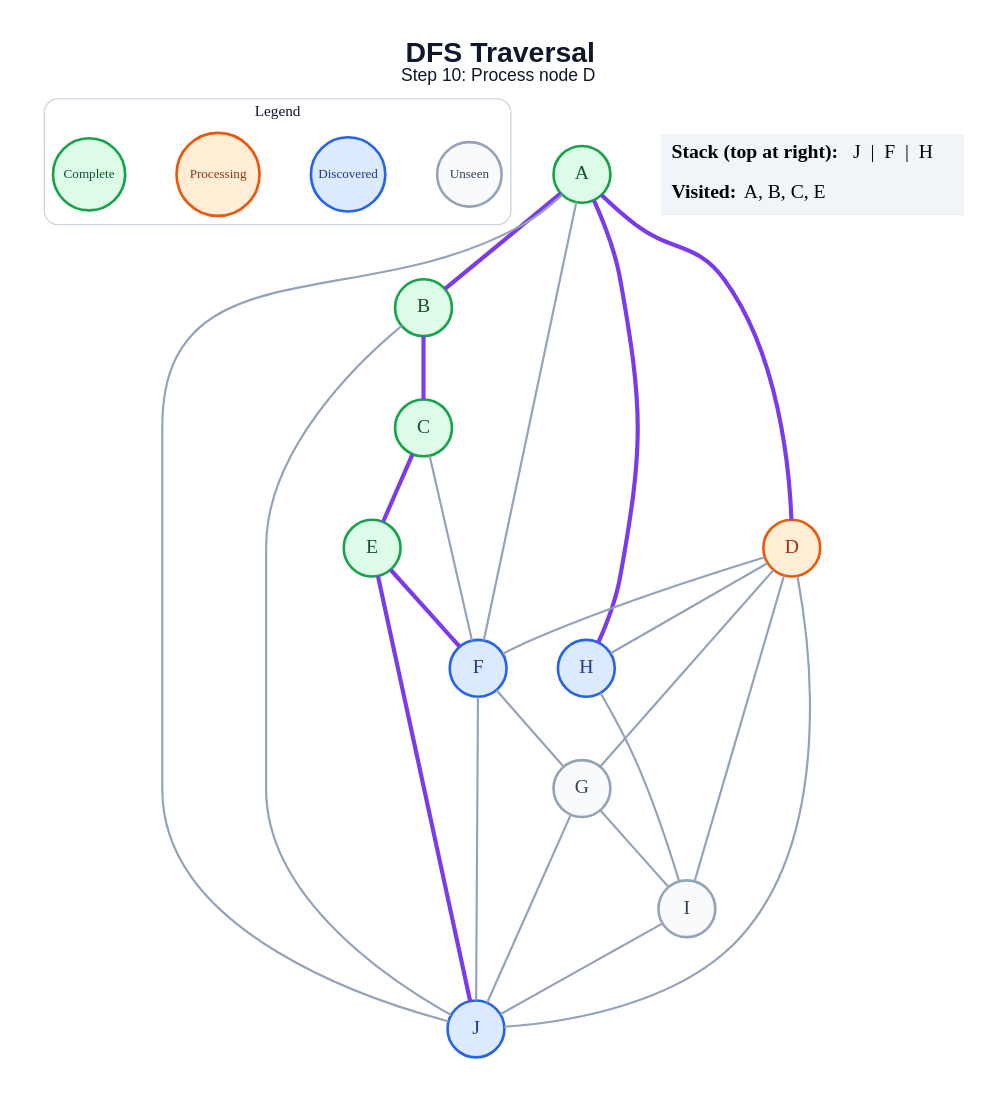
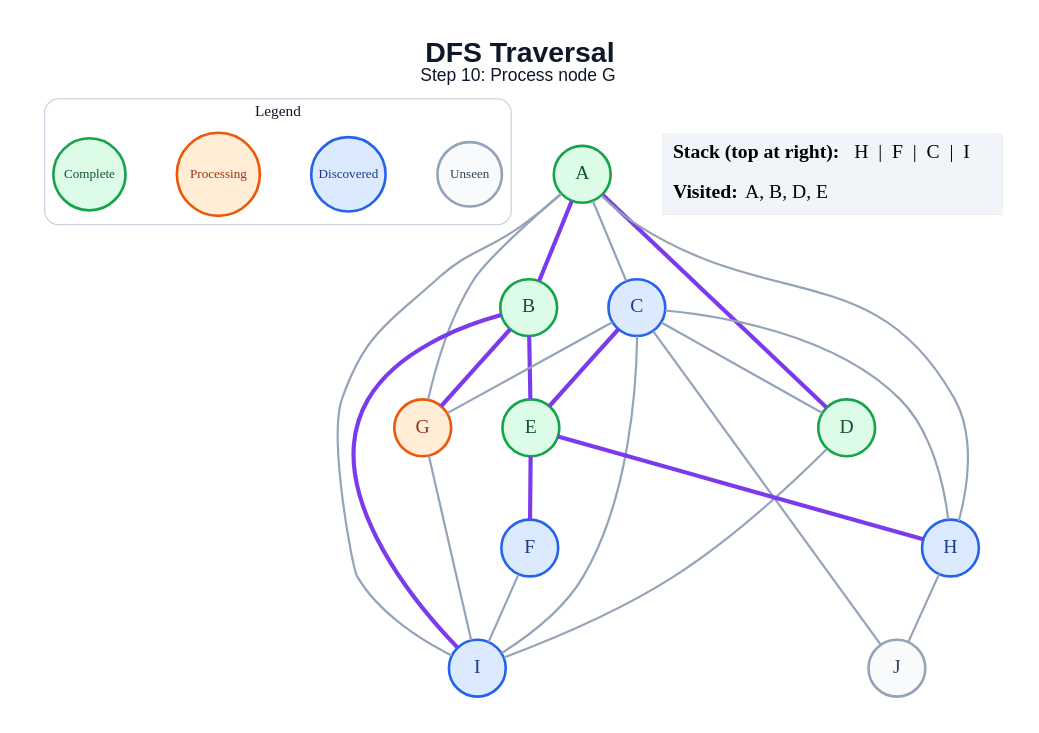
The diagram in generated/specific-node/dfs/step_10.dot (anon7238593-create/ai-slop), drawn with Graphviz before and after one commit. The commit also changed 171 other files, not shown here.

```diff
--- a/generated/specific-node/dfs/step_10.dot
+++ b/generated/specific-node/dfs/step_10.dot
@@ -1,51 +1,50 @@
 graph traversal {
   graph [layout=dot, rankdir=TB, bgcolor="#FFFFFF", pad="0.35", nodesep="0.65", ranksep="0.8", fontname="Arial"];
   node [shape=circle, style="filled", fontname="Arial Bold", fontsize=18, width=0.72, fixedsize=true, penwidth=2.4];
   edge [color="#94A3B8", penwidth=2.0];
-  label=<<B>DFS Traversal</B><BR/><FONT POINT-SIZE="16">Step 10: Process node D</FONT>>; labelloc="t"; fontsize=26; fontname="Arial"; fontcolor="#0F172A";
+  label=<<B>DFS Traversal</B><BR/><FONT POINT-SIZE="16">Step 10: Process node G</FONT>>; labelloc="t"; fontsize=26; fontname="Arial"; fontcolor="#0F172A";
   subgraph cluster_legend { label="Legend"; color="#CBD5E1"; penwidth=1.2; style="rounded"; fontsize=14; fontname="Arial Bold";
     key_unseen [label="Unseen", fillcolor="#F8FAFC", color="#94A3B8", fontcolor="#334155", fontsize=12, width=0.82];
     key_frontier [label="Discovered", fillcolor="#DBEAFE", color="#2563EB", fontcolor="#1E3A8A", fontsize=12, width=0.95];
     key_current [label="Processing", fillcolor="#FFEDD5", color="#EA580C", fontcolor="#9A3412", fontsize=12, width=1.05];
     key_done [label="Complete", fillcolor="#DCFCE7", color="#16A34A", fontcolor="#14532D", fontsize=12, width=0.92];
     { rank=same; key_unseen; key_frontier; key_current; key_done; }
   }
   A [fillcolor="#DCFCE7", color="#16A34A", fontcolor="#14532D"];
   B [fillcolor="#DCFCE7", color="#16A34A", fontcolor="#14532D"];
-  C [fillcolor="#DCFCE7", color="#16A34A", fontcolor="#14532D"];
-  D [fillcolor="#FFEDD5", color="#EA580C", fontcolor="#9A3412"];
+  C [fillcolor="#DBEAFE", color="#2563EB", fontcolor="#1E3A8A"];
+  D [fillcolor="#DCFCE7", color="#16A34A", fontcolor="#14532D"];
   E [fillcolor="#DCFCE7", color="#16A34A", fontcolor="#14532D"];
   F [fillcolor="#DBEAFE", color="#2563EB", fontcolor="#1E3A8A"];
-  G [fillcolor="#F8FAFC", color="#94A3B8", fontcolor="#334155"];
+  G [fillcolor="#FFEDD5", color="#EA580C", fontcolor="#9A3412"];
   H [fillcolor="#DBEAFE", color="#2563EB", fontcolor="#1E3A8A"];
-  I [fillcolor="#F8FAFC", color="#94A3B8", fontcolor="#334155"];
-  J [fillcolor="#DBEAFE", color="#2563EB", fontcolor="#1E3A8A"];
+  I [fillcolor="#DBEAFE", color="#2563EB", fontcolor="#1E3A8A"];
+  J [fillcolor="#F8FAFC", color="#94A3B8", fontcolor="#334155"];
   A -- B [color="#7C3AED", penwidth=3.8];
+  A -- C;
   A -- D [color="#7C3AED", penwidth=3.8];
-  A -- F;
-  A -- H [color="#7C3AED", penwidth=3.8];
-  A -- J;
-  B -- C [color="#7C3AED", penwidth=3.8];
-  B -- J;
+  A -- G;
+  A -- H;
+  A -- I;
+  B -- E [color="#7C3AED", penwidth=3.8];
+  B -- G [color="#7C3AED", penwidth=3.8];
+  B -- I [color="#7C3AED", penwidth=3.8];
+  C -- D;
   C -- E [color="#7C3AED", penwidth=3.8];
-  C -- F;
-  D -- F;
-  D -- G;
-  D -- H;
+  C -- G;
+  C -- H;
+  C -- I;
+  C -- J;
   D -- I;
-  D -- J;
   E -- F [color="#7C3AED", penwidth=3.8];
-  E -- J [color="#7C3AED", penwidth=3.8];
-  F -- G;
-  F -- J;
+  E -- H [color="#7C3AED", penwidth=3.8];
+  F -- I;
   G -- I;
-  G -- J;
-  H -- I;
-  I -- J;
+  H -- J;
   status [shape=plain, fixedsize=false, width=0, height=0, margin=0, label=<
     <TABLE BORDER="0" CELLBORDER="0" CELLPADDING="7" BGCOLOR="#F1F5F9">
-      <TR><TD ALIGN="LEFT"><B>Stack (top at right):</B> J  |  F  |  H</TD></TR>
-      <TR><TD ALIGN="LEFT"><B>Visited:</B> A, B, C, E</TD></TR>
+      <TR><TD ALIGN="LEFT"><B>Stack (top at right):</B> H  |  F  |  C  |  I</TD></TR>
+      <TR><TD ALIGN="LEFT"><B>Visited:</B> A, B, D, E</TD></TR>
     </TABLE>
   >];
 }
```
